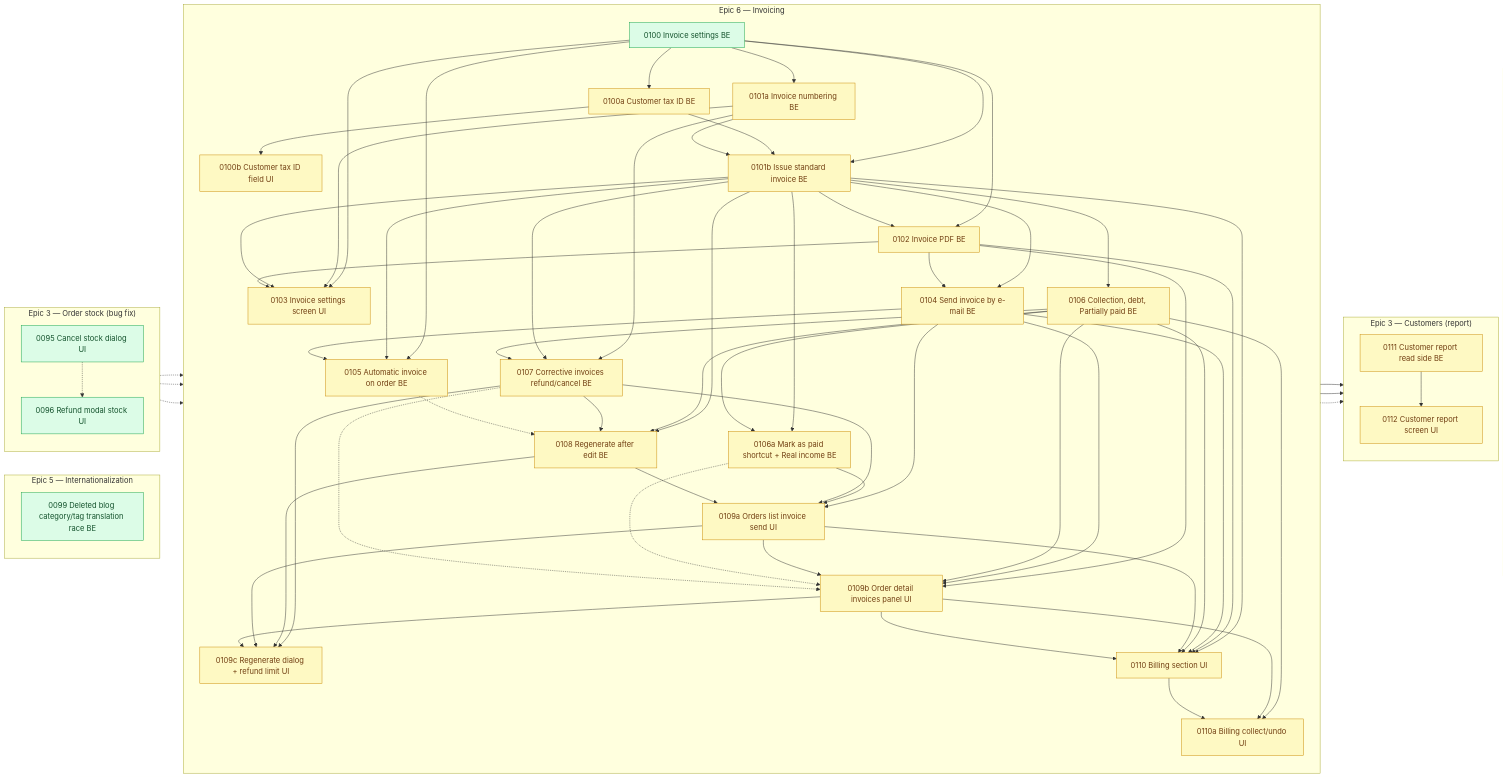
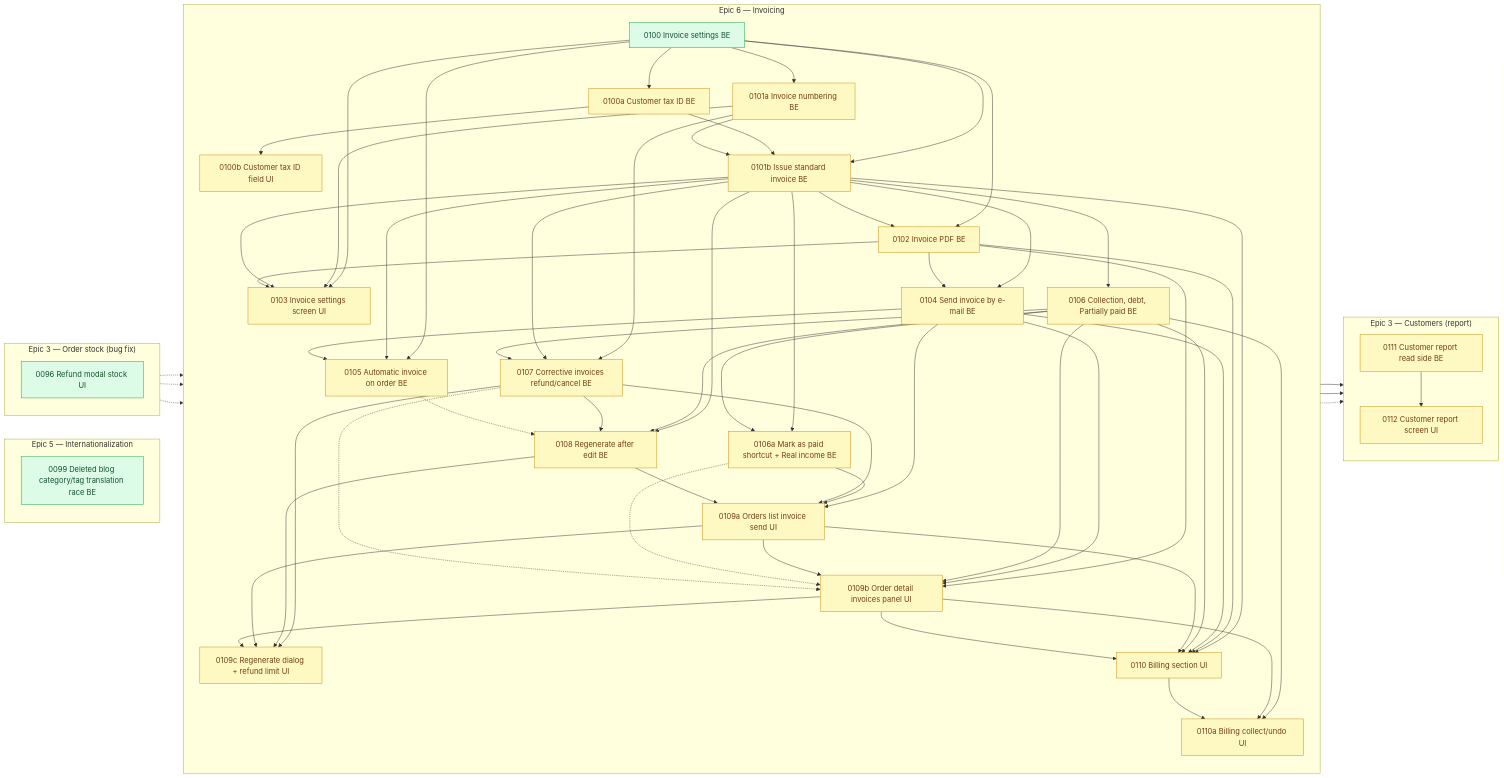
Before and after one commit to shojen/AI4Devs-finalproject: the diagram in arospe/ai-spec/tasks-map.md, drawn with Mermaid. The commit also changed other lines of this file and 9 other files, not shown here.

```diff
--- a/arospe/ai-spec/tasks-map.md
+++ b/arospe/ai-spec/tasks-map.md
@@ -665,13 +666,11 @@
 
     subgraph PEND_STOCK["Epic 3 — Order stock (bug fix)"]
         direction TB
-        P0095["0095 Cancel stock dialog UI"]
         P0096["0096 Refund modal stock UI"]
     end
     %% (P0089 merged into P0088 and P0092 split into P0092a/P0092b on 2026-11-08; their nodes and edges are dropped.)
     %% (P0088 --> P0090/P0091/P0092b replaced by P0088 --> P0088a --> … on 2026-11-08, review #4 split.)
-    P0095 -.-> P0096
-    class P0095,P0096 ready;
+    class P0096 ready;
 
     %% Standalone (no PRD epic)
     %% (P0082's own node dropped: 0082 closed to done/ this pass, per the update at the top of this file.)
```
